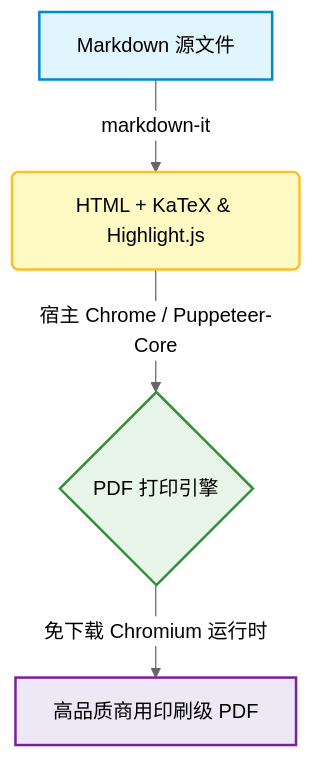
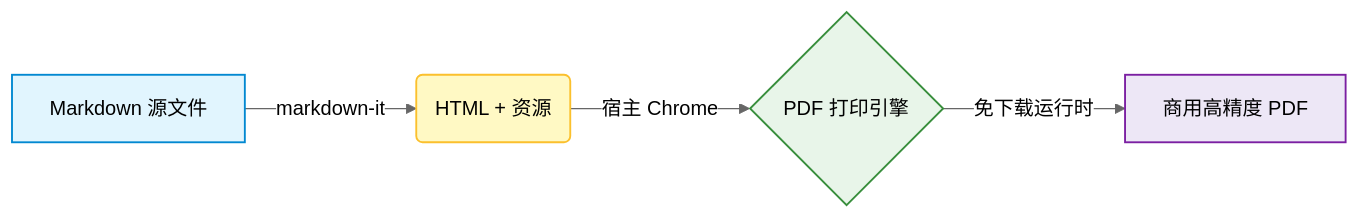
The diagram in examples/sample.zh-CN.md (ajaxsys/md-to-pdf-lite), drawn with Mermaid (neutral theme) before and after one commit. The commit also changed other lines of this file and 24 other files, not shown here.

````diff
--- a/examples/sample.zh-CN.md
+++ b/examples/sample.zh-CN.md
@@ -62,11 +43,11 @@
 ```mermaid
-graph TD
-    A[Markdown 源文件] -->|markdown-it| B(HTML + KaTeX & Highlight.js)
-    B -->|宿主 Chrome / Puppeteer-Core| C{PDF 打印引擎}
-    C -->|免下载 Chromium 运行时| D[高品质商用印刷级 PDF]
+graph LR
+    A[Markdown 源文件] -->|markdown-it| B(HTML + 资源)
+    B -->|宿主 Chrome| C{PDF 打印引擎}
+    C -->|免下载运行时| D[商用高精度 PDF]
     
-    style A fill:#e1f5fe,stroke:#0288d1,stroke-width:2px
-    style B fill:#fff9c4,stroke:#fbc02d,stroke-width:2px
-    style C fill:#e8f5e9,stroke:#388e3c,stroke-width:2px
-    style D fill:#ede7f6,stroke:#7b1fa2,stroke-width:2px
+    style A fill:#e1f5fe,stroke:#0288d1,stroke-width:1.5px
+    style B fill:#fff9c4,stroke:#fbc02d,stroke-width:1.5px
+    style C fill:#e8f5e9,stroke:#388e3c,stroke-width:1.5px
+    style D fill:#ede7f6,stroke:#7b1fa2,stroke-width:1.5px
 ```
````
